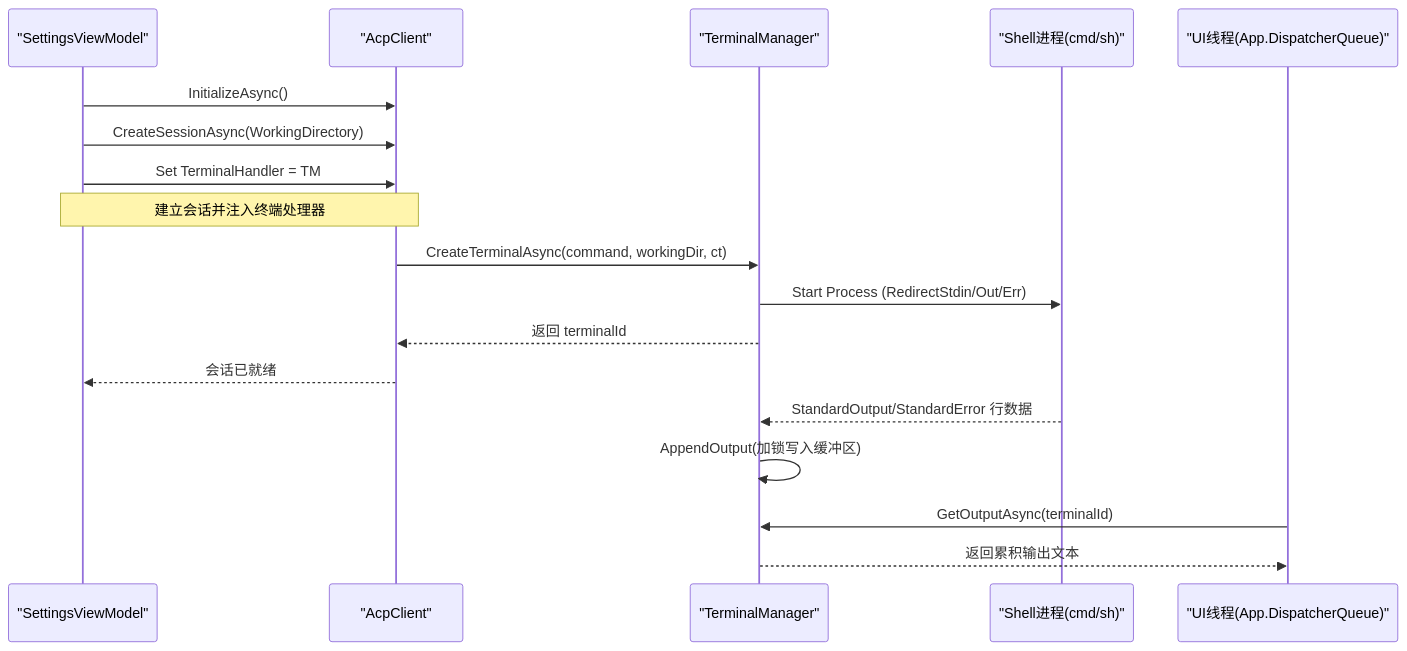
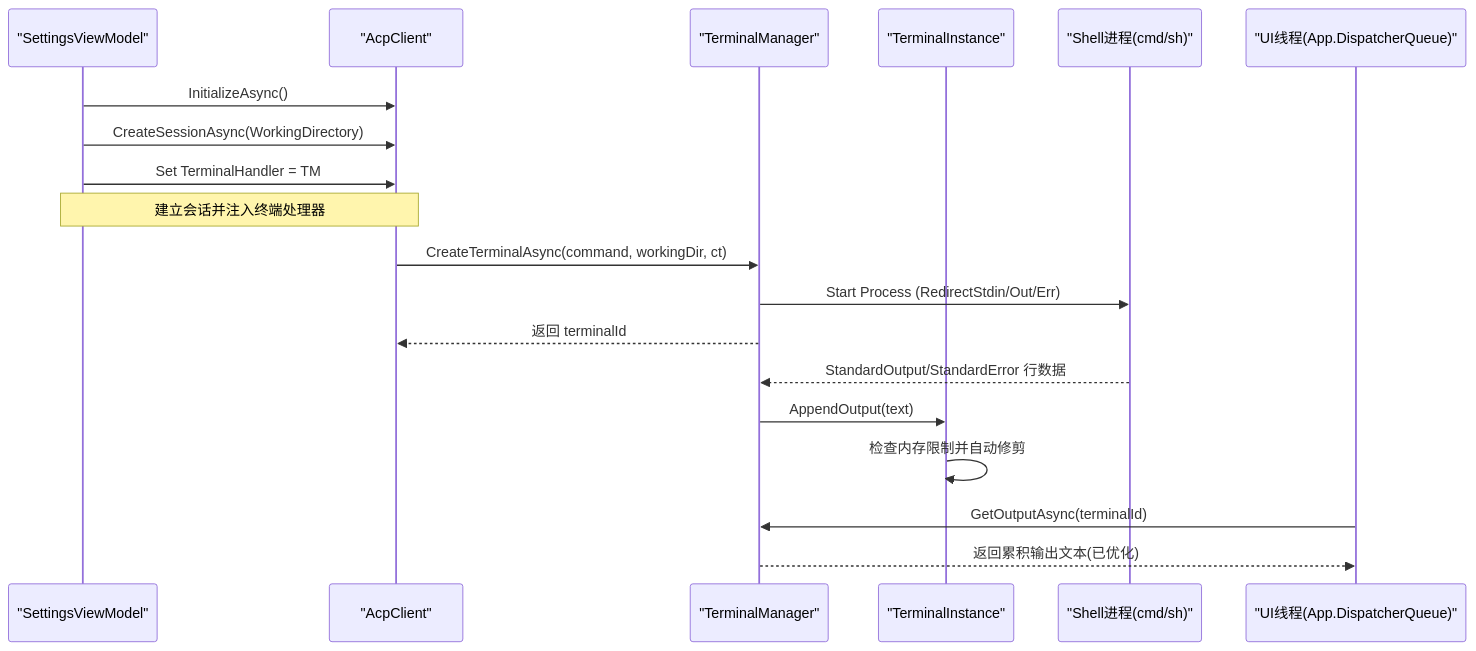
Before and after one commit to AgenticDesktop/App: the second of 5 diagrams in .qoder/repowiki/zh/content/终端管理.md, drawn with Mermaid. The commit also changed other lines of this file and 108 other files, not shown here.

````diff
--- a/.qoder/repowiki/zh/content/终端管理.md
+++ b/.qoder/repowiki/zh/content/终端管理.md
@@ -96,20 +114,21 @@
 ```mermaid
 sequenceDiagram
 participant VM as "SettingsViewModel"
 participant AC as "AcpClient"
 participant TM as "TerminalManager"
+participant TI as "TerminalInstance"
 participant P as "Shell进程(cmd/sh)"
 participant UI as "UI线程(App.DispatcherQueue)"
 VM->>AC : InitializeAsync()
 VM->>AC : CreateSessionAsync(WorkingDirectory)
 VM->>AC : Set TerminalHandler = TM
 Note over VM,AC : 建立会话并注入终端处理器
 AC->>TM : CreateTerminalAsync(command, workingDir, ct)
 TM->>P : Start Process (RedirectStdin/Out/Err)
 TM-->>AC : 返回 terminalId
-AC-->>VM : 会话已就绪
 P-->>TM : StandardOutput/StandardError 行数据
-TM->>TM : AppendOutput(加锁写入缓冲区)
+TM->>TI : AppendOutput(text)
+TI->>TI : 检查内存限制并自动修剪
 UI->>TM : GetOutputAsync(terminalId)
-TM-->>UI : 返回累积输出文本
+TM-->>UI : 返回累积输出文本(已优化)
 ```
````
